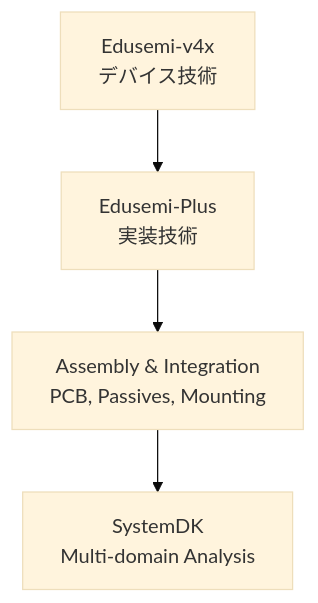
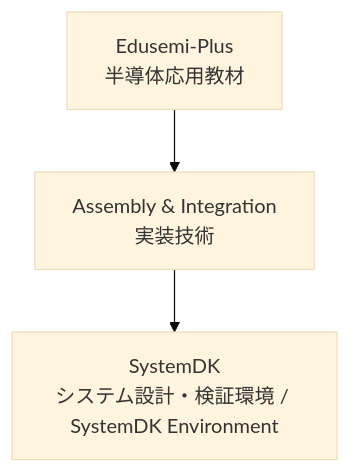
Before and after one commit to Samizo-AITL/Edusemi-Plus: the diagram in Assembly-Integration/README.md, drawn with Mermaid (base theme). The commit also changed other lines of this file, not shown here.

````diff
--- a/Assembly-Integration/README.md
+++ b/Assembly-Integration/README.md
@@ -50,6 +52,5 @@
 ```mermaid
 graph TD
-  A[Edusemi-v4x<br/>デバイス技術] --> B[Edusemi-Plus<br/>実装技術]
-  B --> C[Assembly & Integration<br/>PCB, Passives, Mounting]
-  C --> D[SystemDK<br/>Multi-domain Analysis]
+  A[Edusemi-Plus<br/>半導体応用教材] --> B[Assembly & Integration<br/>実装技術]
+  B --> C[SystemDK<br/>システム設計・検証環境 / SystemDK Environment]
 ```
````
